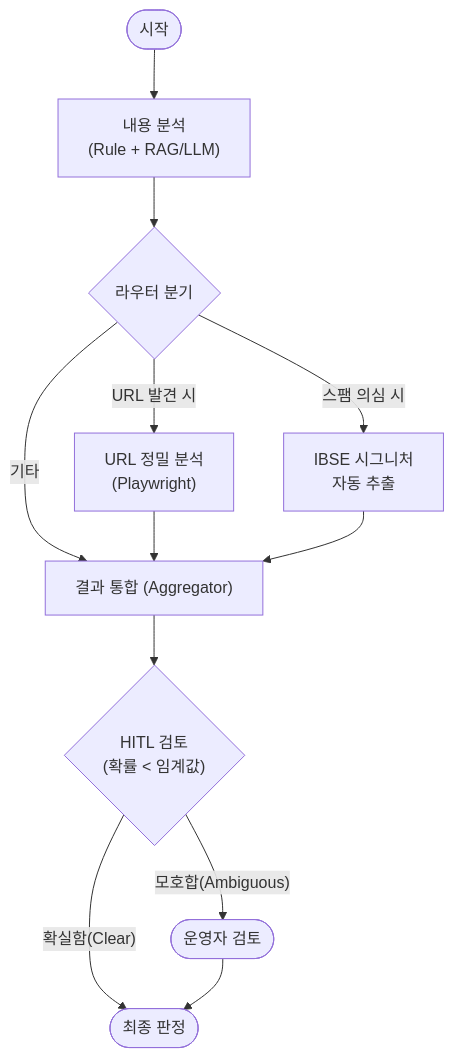
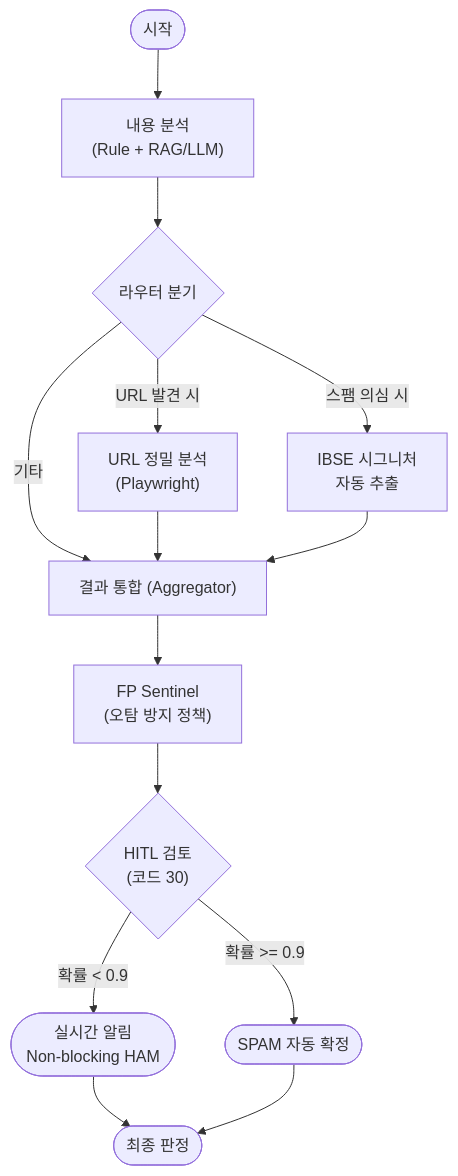
Before and after one commit to jay365-code/spam-detector: the first of 2 diagrams in docs/README.md, drawn with Mermaid. The commit also changed other lines of this file and 266 other files, not shown here.

````diff
--- a/docs/README.md
+++ b/docs/README.md
@@ -45,20 +55,22 @@
 ```mermaid
 graph TD
     Start([시작]) --> Content["내용 분석<br/>(Rule + RAG/LLM)"]
     Content --> Router{라우터 분기}
     
     %% 병렬 처리 분기
     Router -- "URL 발견 시" --> URL["URL 정밀 분석<br/>(Playwright)"]
     Router -- "스팸 의심 시" --> IBSE["IBSE 시그니처<br/>자동 추출"]
     Router -- "기타" --> Aggregator
     
     %% 결과 통합
     URL --> Aggregator["결과 통합 (Aggregator)"]
     IBSE --> Aggregator
     
-    Aggregator --> HITL{"HITL 검토<br/>(확률 < 임계값)"}
+    Aggregator --> FPS["FP Sentinel<br/>(오탐 방지 정책)"]
+    FPS --> HITL{"HITL 검토<br/>(코드 30)"}
     
-    HITL -- "모호합(Ambiguous)" --> User([운영자 검토])
-    HITL -- "확실함(Clear)" --> End([최종 판정])
-    User --> End
+    HITL -- "확률 < 0.9" --> Notify([실시간 알림<br/>Non-blocking HAM])
+    HITL -- "확률 >= 0.9" --> Auto([SPAM 자동 확정])
+    Notify --> End([최종 판정])
+    Auto --> End
 ```
````
